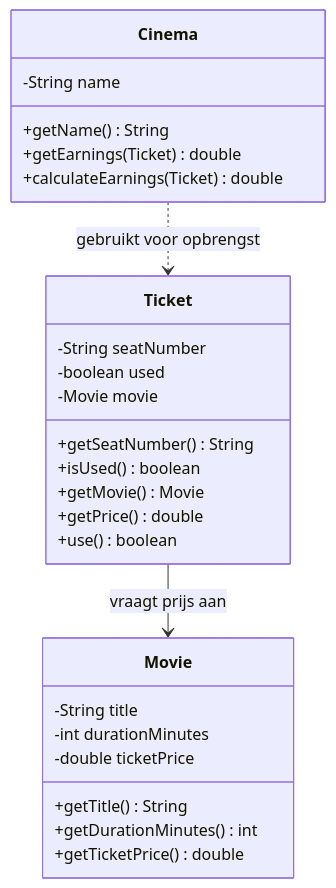
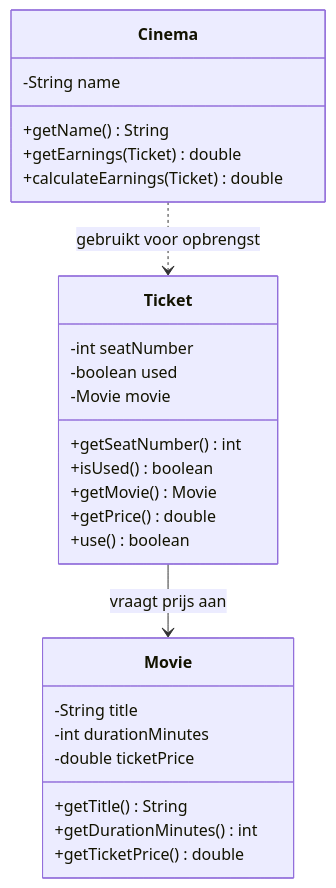
Before and after one commit to swekkiekekkie/oop-10-oefenopdrachten: the diagram in referentie-oplossingen/opdracht-01-bioscoop/UITLEG.md, drawn with Mermaid. The commit also changed 2 other files, not shown here.

Commit message:
Fix UITLEG.md accuracy to match Java reference code
- opdracht-01-bioscoop: Fixed mermaid diagram Ticket.seatNumber type
  from String to int (matching Ticket.java)
- opdracht-10-pretpark: Fixed Attraction table delegation from '-' to
  'Visitor (parameter) voor leeftijd via getAge()' (allowsVisitor calls
  visitor.getAge())
- opdracht-08-bibliotheek: Added missing Library getter methods
  (getBooks, getMembers, getLoans) to mermaid diagram and updated
  'Kan vragen beantwoorden' to include these capabilities

````diff
--- a/referentie-oplossingen/opdracht-01-bioscoop/UITLEG.md
+++ b/referentie-oplossingen/opdracht-01-bioscoop/UITLEG.md
@@ -41,32 +41,32 @@
 ```mermaid
 classDiagram
     class Movie {
         -String title
         -int durationMinutes
         -double ticketPrice
         +getTitle() String
         +getDurationMinutes() int
         +getTicketPrice() double
     }
 
     class Ticket {
-        -String seatNumber
+        -int seatNumber
         -boolean used
         -Movie movie
-        +getSeatNumber() String
+        +getSeatNumber() int
         +isUsed() boolean
         +getMovie() Movie
         +getPrice() double
         +use() boolean
     }
 
     class Cinema {
         -String name
         +getName() String
         +getEarnings(Ticket) double
         +calculateEarnings(Ticket) double
     }
 
     Ticket --> Movie : vraagt prijs aan
     Cinema ..> Ticket : gebruikt voor opbrengst
 ```
````
